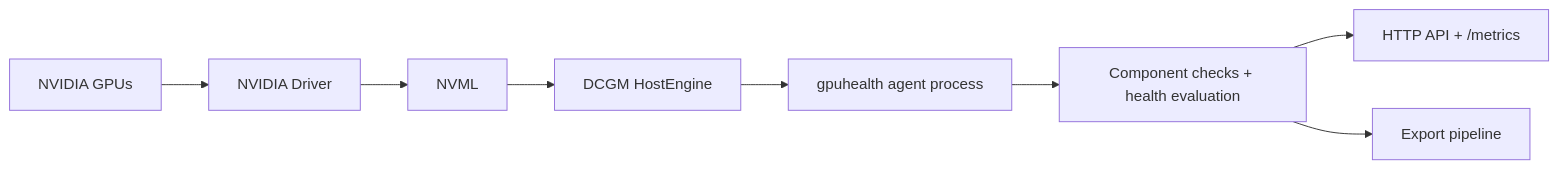
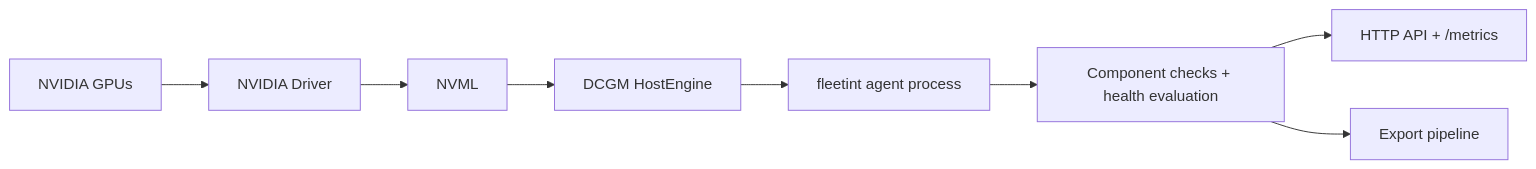
One commit to NVIDIA/fleet-intelligence-agent changed the first of 3 diagrams in docs/architecture.md. Above: the diagram before and after it, drawn with Mermaid. The commit also changed other lines of this file and 72 other files, not shown here.

Commit message:
[GPUHEALTH-1408] feat: strict rename to fleet intelligence agent naming

````diff
--- a/docs/architecture.md
+++ b/docs/architecture.md
@@ -24,10 +24,10 @@
 ```mermaid
 flowchart LR
   GPU["NVIDIA GPUs"] --> DRV["NVIDIA Driver"] --> NVML["NVML"]
   NVML --> DCGM["DCGM HostEngine"]
-  DCGM --> AGENT["gpuhealth agent process"]
+  DCGM --> AGENT["fleetint agent process"]
 
   AGENT --> COMP["Component checks + health evaluation"]
   COMP --> API["HTTP API + /metrics"]
   COMP --> EXPORT["Export pipeline"]
 ```
````
